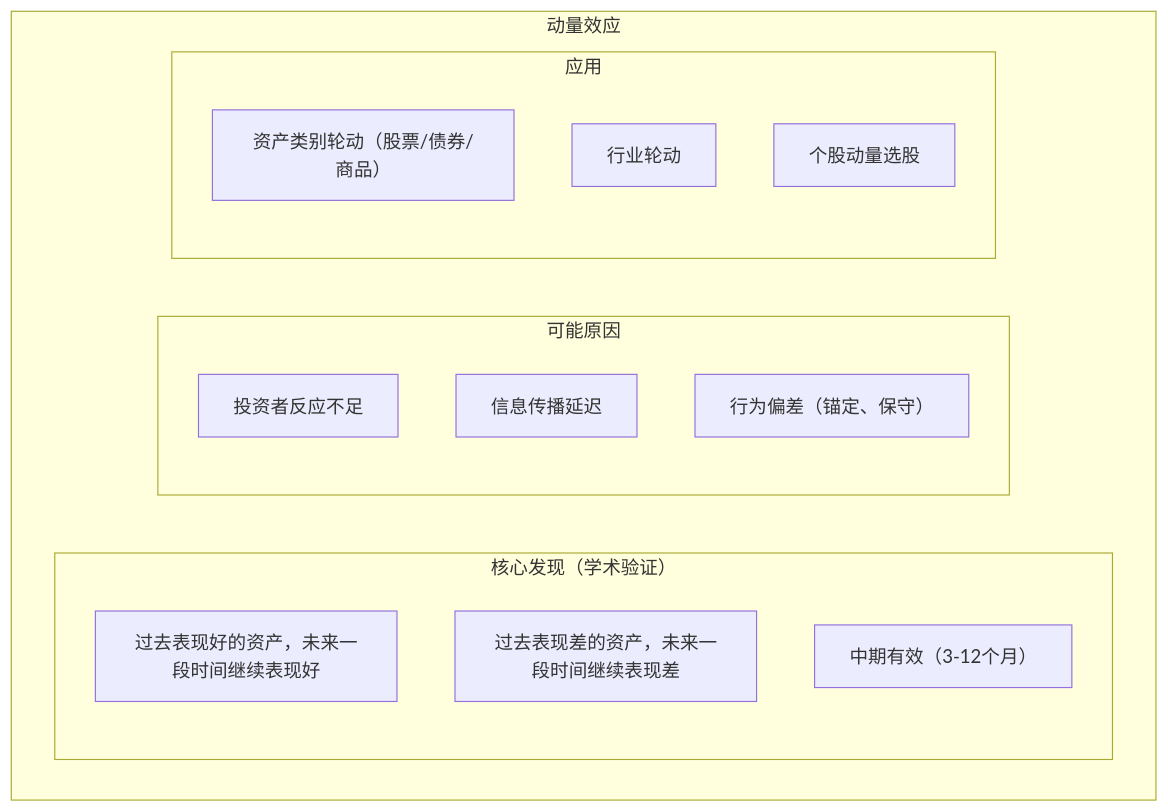
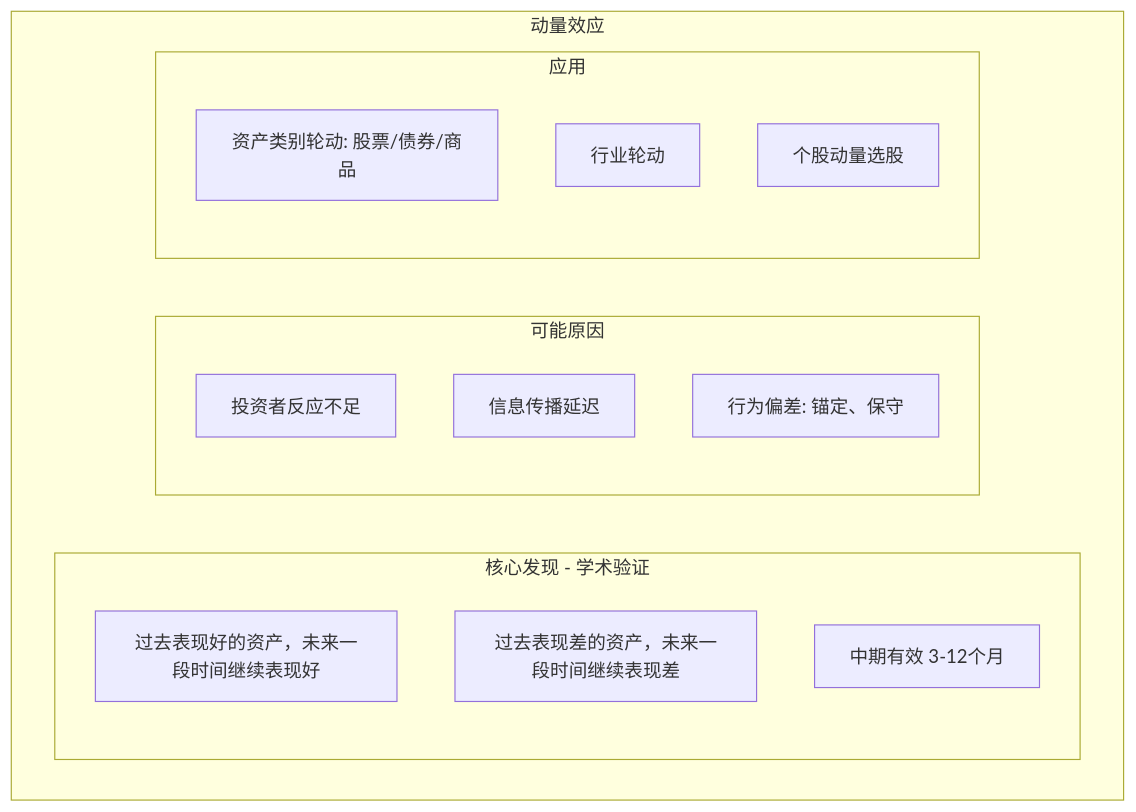
One commit to jpixy/jpixy.github.io changed the fifth of 17 diagrams in content/articles/quant/quant-05-个人量化常用策略详解.md. Above: the diagram before and after it, drawn with Mermaid. The commit also changed other lines of this file and 66 other files, not shown here.

Commit message:
fix: resolve Mermaid syntax errors by removing parentheses in node labels

````diff
--- a/content/articles/quant/quant-05-个人量化常用策略详解.md
+++ b/content/articles/quant/quant-05-个人量化常用策略详解.md
@@ -175,20 +175,20 @@
 ```mermaid
 graph TB
     subgraph 动量效应
-        subgraph 核心发现["核心发现（学术验证）"]
+        subgraph 核心发现["核心发现 - 学术验证"]
             F1["过去表现好的资产，未来一段时间继续表现好"]
             F2["过去表现差的资产，未来一段时间继续表现差"]
-            F3["中期有效（3-12个月）"]
+            F3["中期有效 3-12个月"]
         end
         subgraph 可能原因
             Y1["投资者反应不足"]
             Y2["信息传播延迟"]
-            Y3["行为偏差（锚定、保守）"]
+            Y3["行为偏差: 锚定、保守"]
         end
         subgraph 应用
-            A1["资产类别轮动（股票/债券/商品）"]
+            A1["资产类别轮动: 股票/债券/商品"]
             A2["行业轮动"]
             A3["个股动量选股"]
         end
     end
 ```
````
